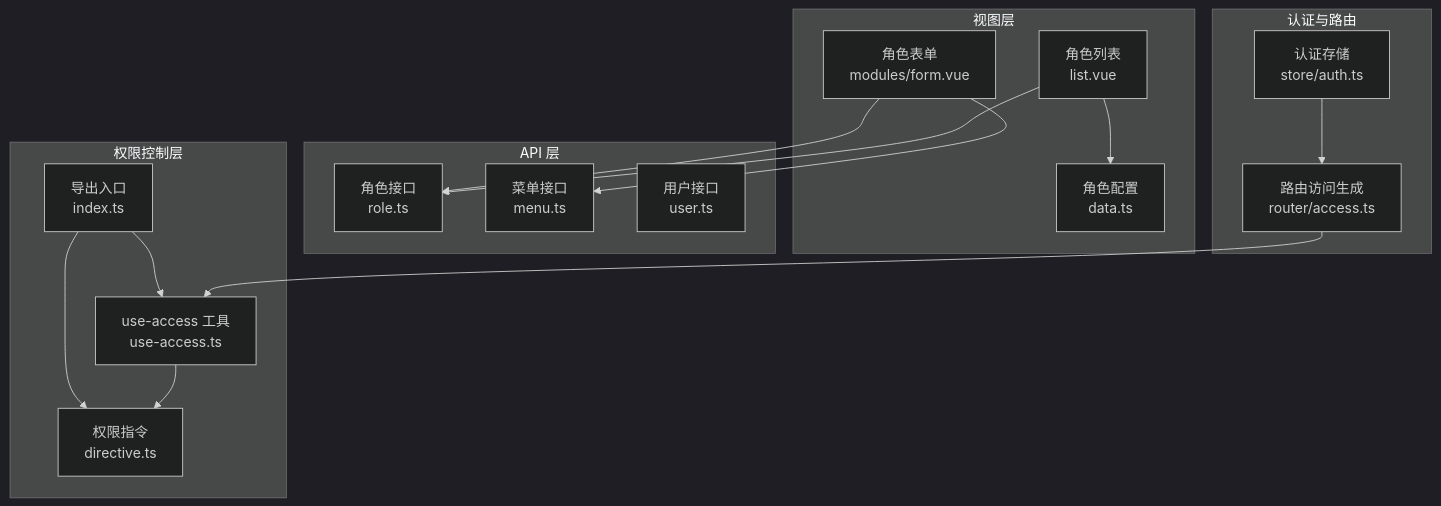
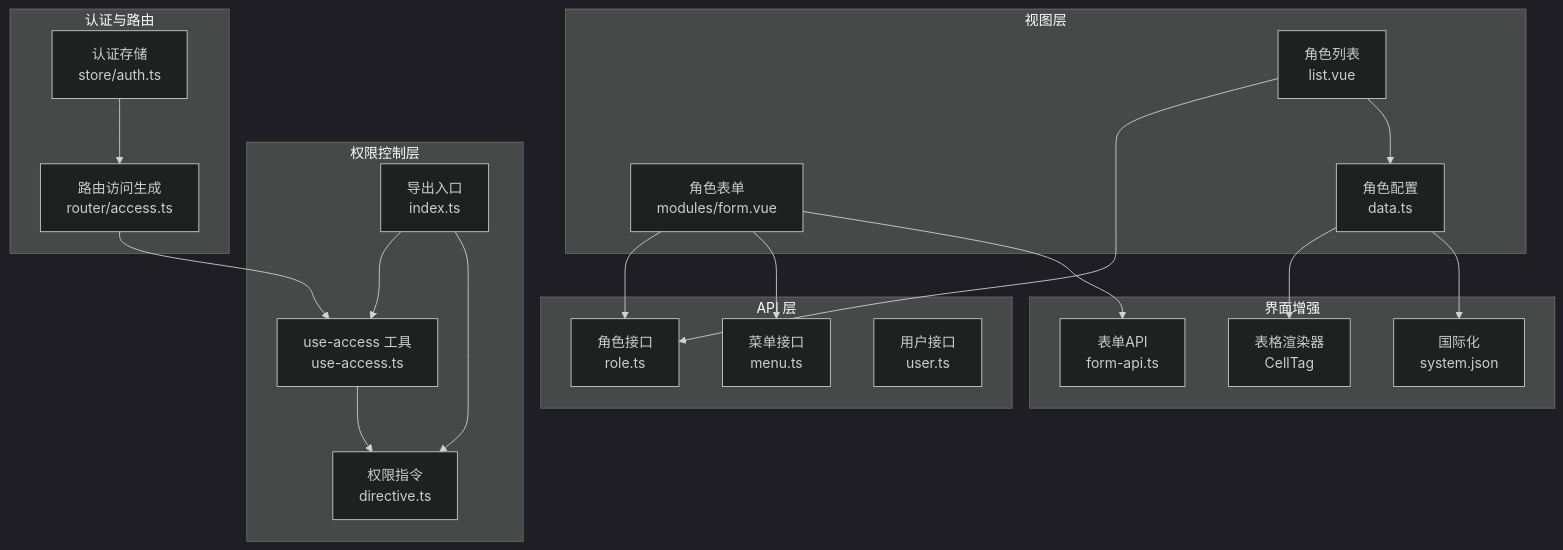
The first of 8 diagrams in .qoder/repowiki/zh/content/业务模块/角色管理.md (ShiRuYu/shiyu-ui), drawn with Mermaid (dark theme) before and after one commit. The commit also changed other lines of this file and 37 other files, not shown here.

````diff
--- a/.qoder/repowiki/zh/content/业务模块/角色管理.md
+++ b/.qoder/repowiki/zh/content/业务模块/角色管理.md
@@ -46,31 +62,39 @@
 ```mermaid
 graph TB
 subgraph "视图层"
 RL["角色列表<br/>list.vue"]
 RF["角色表单<br/>modules/form.vue"]
 RD["角色配置<br/>data.ts"]
 end
 subgraph "API 层"
 RA["角色接口<br/>role.ts"]
 MA["菜单接口<br/>menu.ts"]
 UA["用户接口<br/>user.ts"]
 end
 subgraph "权限控制层"
 ACU["use-access 工具<br/>use-access.ts"]
 ACD["权限指令<br/>directive.ts"]
 ACIDX["导出入口<br/>index.ts"]
 end
 subgraph "认证与路由"
 AUTH["认证存储<br/>store/auth.ts"]
 ACCESS["路由访问生成<br/>router/access.ts"]
 end
+subgraph "界面增强"
+VT["表格渲染器<br/>CellTag"]
+LOCALE["国际化<br/>system.json"]
+FORMAPI["表单API<br/>form-api.ts"]
+end
 RL --> RA
 RF --> RA
 RF --> MA
 RL --> RD
 AUTH --> ACCESS
 ACCESS --> ACU
 ACU --> ACD
 ACIDX --> ACU
 ACIDX --> ACD
+RD --> VT
+RD --> LOCALE
+RF --> FORMAPI
 ```
````
